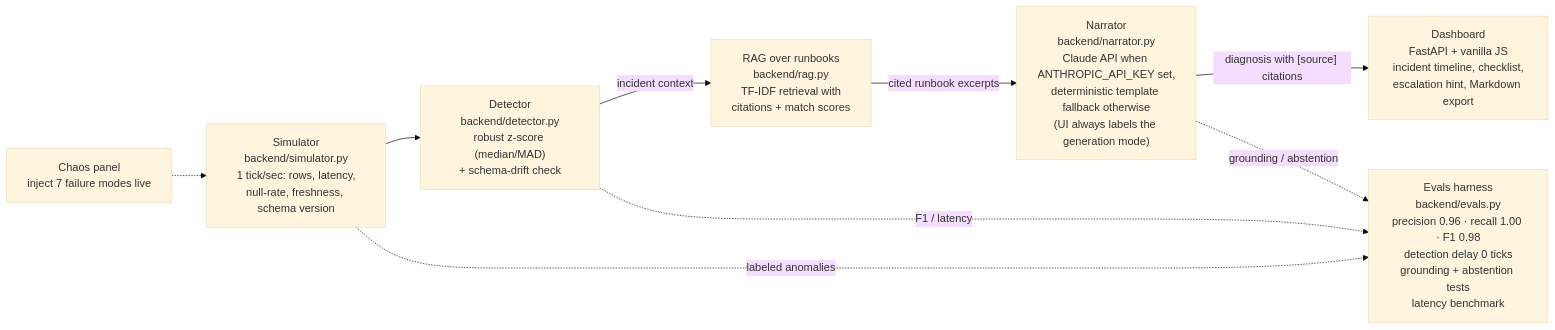
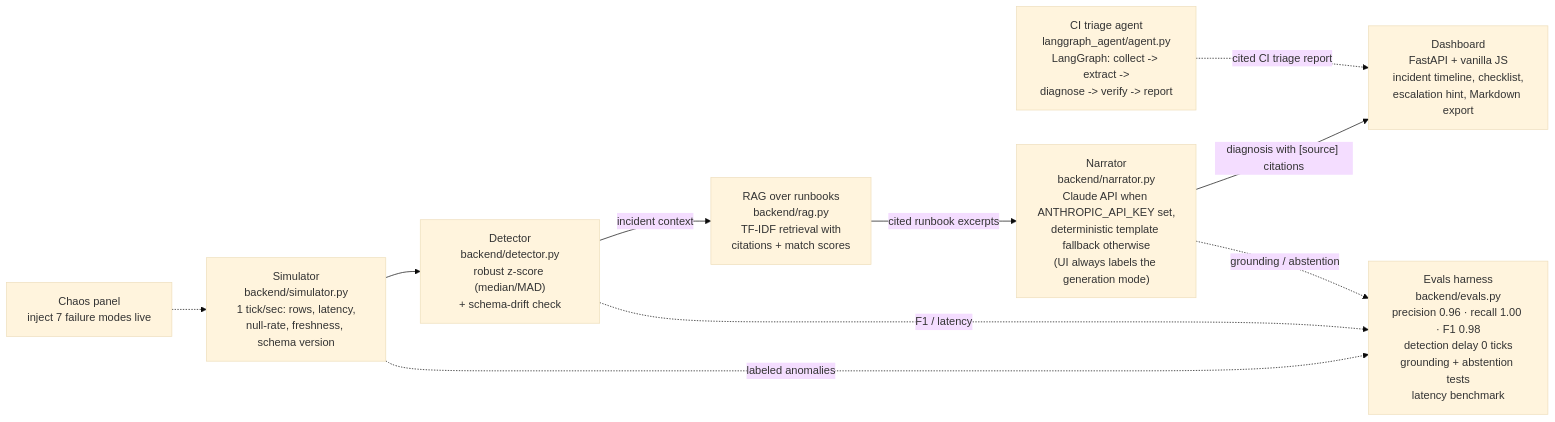
One commit to kamjula/datapulse changed the diagram in README.md. Above: the diagram before and after it, drawn with Mermaid (base theme). The commit also changed other lines of this file, not shown here.

Commit message:
README: document the LLM eval harness and the LangGraph CI agent

````diff
--- a/README.md
+++ b/README.md
@@ -105,18 +154,20 @@
 ```mermaid
 flowchart LR
     CHAOS["Chaos panel<br/>inject 7 failure modes live"]
     SIM["Simulator<br/>backend/simulator.py<br/>1 tick/sec: rows, latency,<br/>null-rate, freshness, schema version"]
     DET["Detector<br/>backend/detector.py<br/>robust z-score (median/MAD)<br/>+ schema-drift check"]
     RAG["RAG over runbooks<br/>backend/rag.py<br/>TF-IDF retrieval with<br/>citations + match scores"]
     NAR["Narrator<br/>backend/narrator.py<br/>Claude API when ANTHROPIC_API_KEY set,<br/>deterministic template fallback otherwise<br/>(UI always labels the generation mode)"]
     DASH["Dashboard<br/>FastAPI + vanilla JS<br/>incident timeline, checklist,<br/>escalation hint, Markdown export"]
+    AGENT["CI triage agent<br/>langgraph_agent/agent.py<br/>LangGraph: collect -> extract -><br/>diagnose -> verify -> report"]
     CHAOS -.-> SIM
     SIM --> DET
     DET -->|"incident context"| RAG
     RAG -->|"cited runbook excerpts"| NAR
     NAR -->|"diagnosis with [source] citations"| DASH
+    AGENT -.->|"cited CI triage report"| DASH
     EV["Evals harness<br/>backend/evals.py<br/>precision 0.96 · recall 1.00 · F1 0.98<br/>detection delay 0 ticks<br/>grounding + abstention tests<br/>latency benchmark"]
     SIM -.->|"labeled anomalies"| EV
     DET -.->|"F1 / latency"| EV
     NAR -.->|"grounding / abstention"| EV
 ```
````
